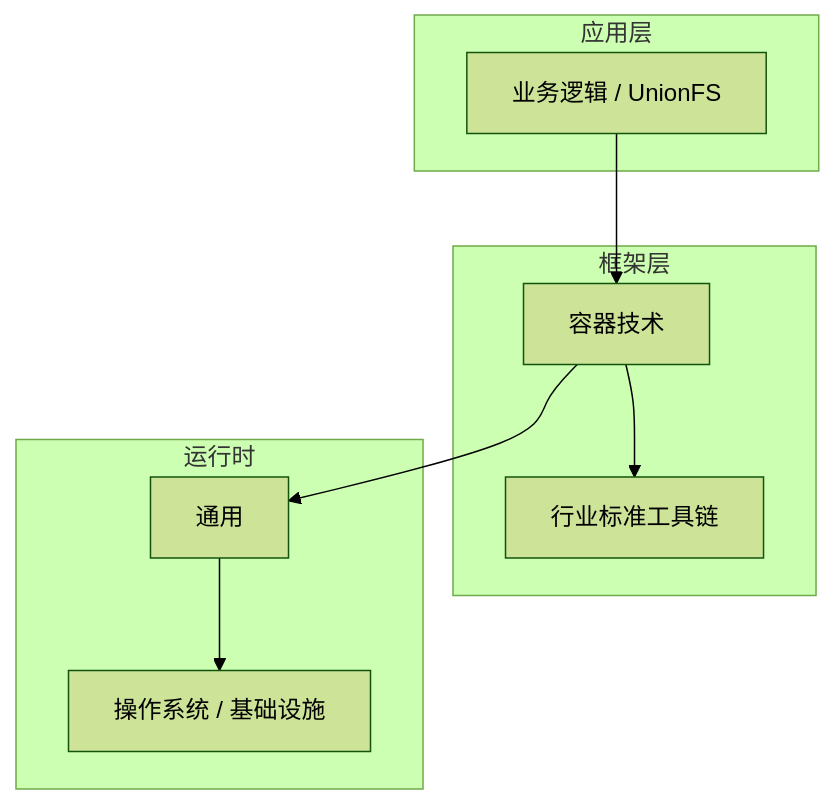
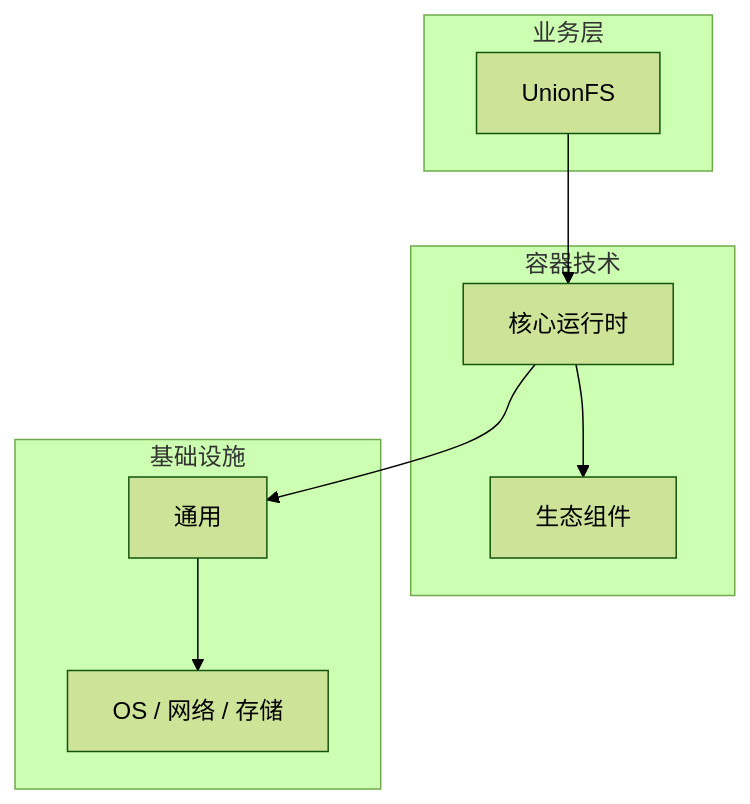
One commit to yanggan2015/knowledge-json-v2 changed the diagram in articles/容器技术/chapters/031-UnionFS核心概念与原理.md. Above: the diagram before and after it, drawn with Mermaid (forest theme). The commit also changed other lines of this file and 10127 other files, not shown here.

````diff
--- a/articles/容器技术/chapters/031-UnionFS核心概念与原理.md
+++ b/articles/容器技术/chapters/031-UnionFS核心概念与原理.md
@@ -45,18 +34,18 @@
 ```mermaid
 graph TB
-    subgraph 应用层
-        A[业务逻辑 / UnionFS]
+    subgraph 业务层
+        A[UnionFS]
     end
-    subgraph 框架层
-        B[容器技术]
-        C[行业标准工具链]
+    subgraph 容器技术
+        B[核心运行时]
+        C[生态组件]
     end
-    subgraph 运行时
+    subgraph 基础设施
         D[通用]
-        E[操作系统 / 基础设施]
+        E[OS / 网络 / 存储]
     end
     A --> B
     B --> C
     B --> D
     D --> E
 ```
````
